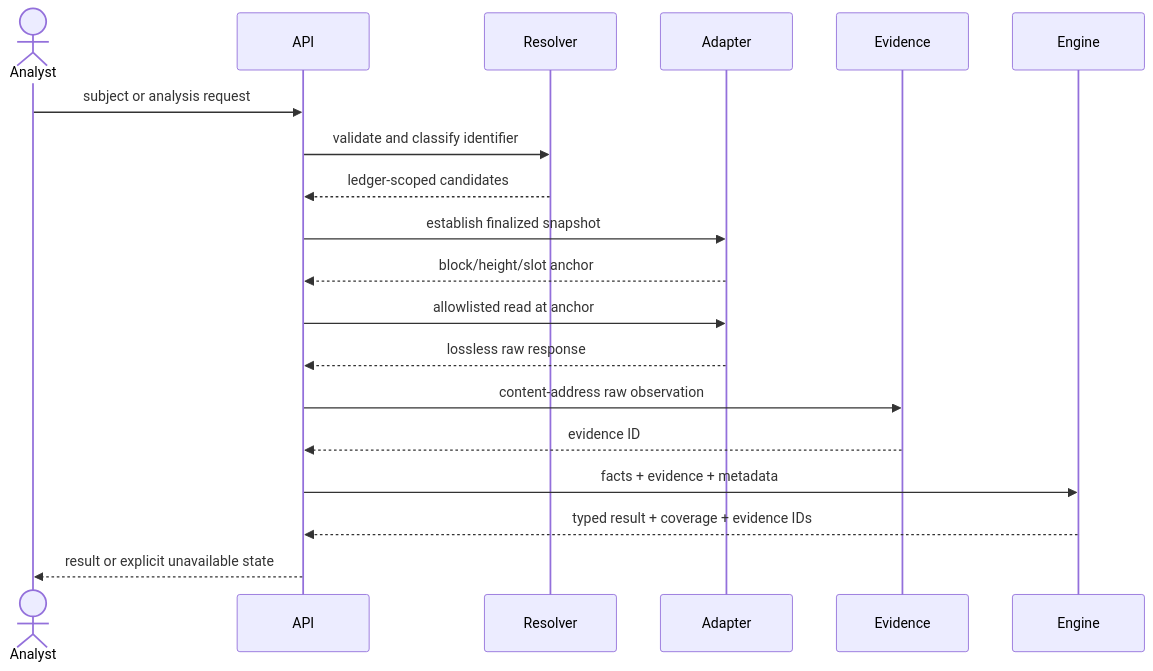
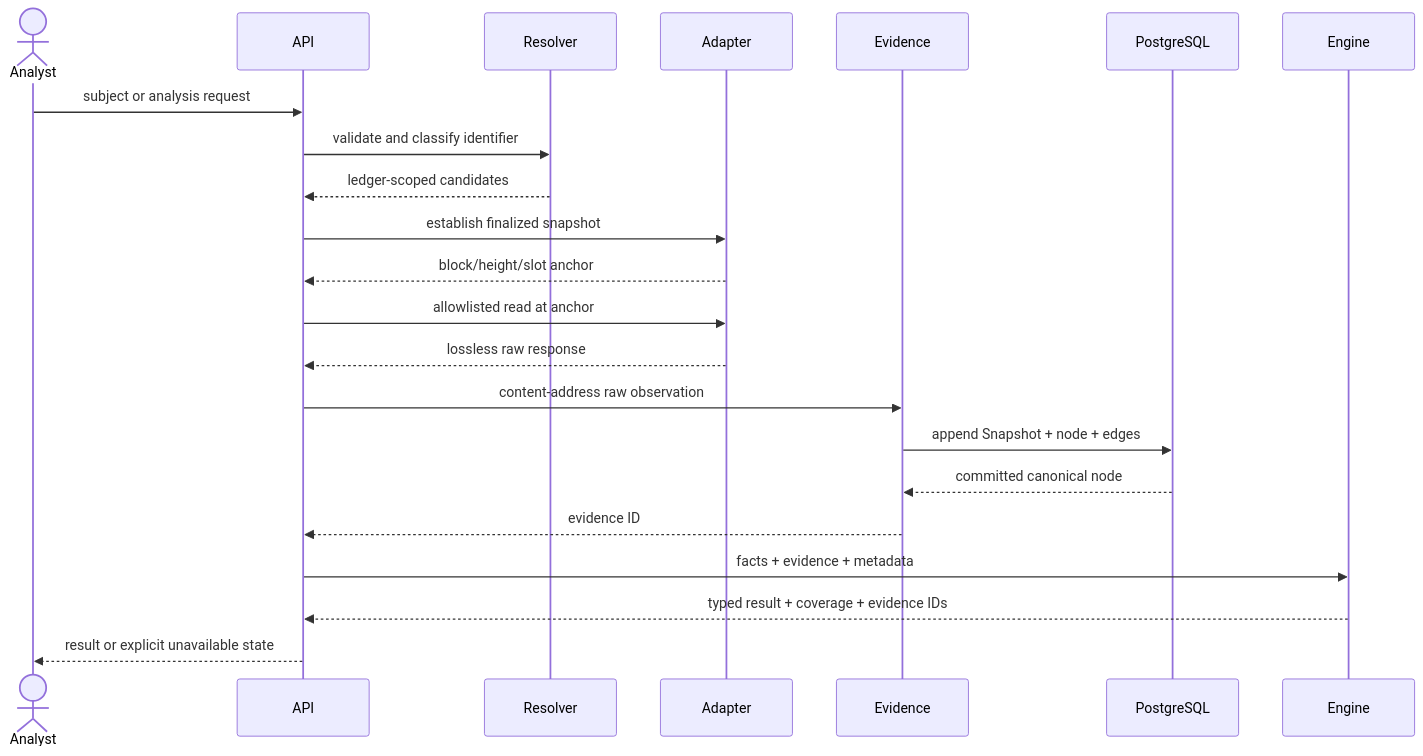
One commit to greywolf8888/ZeroTrace changed the second of 3 diagrams in docs/architecture/ARCHITECTURE.md. Above: the diagram before and after it, drawn with Mermaid. The commit also changed other lines of this file and 238 other files, not shown here.

````diff
--- a/docs/architecture/ARCHITECTURE.md
+++ b/docs/architecture/ARCHITECTURE.md
@@ -170,22 +447,25 @@
 ```mermaid
 sequenceDiagram
   actor Analyst
   participant API
   participant Resolver
   participant Adapter
   participant Evidence
+  participant Store as PostgreSQL
   participant Engine
 
   Analyst->>API: subject or analysis request
   API->>Resolver: validate and classify identifier
   Resolver-->>API: ledger-scoped candidates
   API->>Adapter: establish finalized snapshot
   Adapter-->>API: block/height/slot anchor
   API->>Adapter: allowlisted read at anchor
   Adapter-->>API: lossless raw response
   API->>Evidence: content-address raw observation
+  Evidence->>Store: append Snapshot + node + edges
+  Store-->>Evidence: committed canonical node
   Evidence-->>API: evidence ID
   API->>Engine: facts + evidence + metadata
   Engine-->>API: typed result + coverage + evidence IDs
   API-->>Analyst: result or explicit unavailable state
 ```
````
